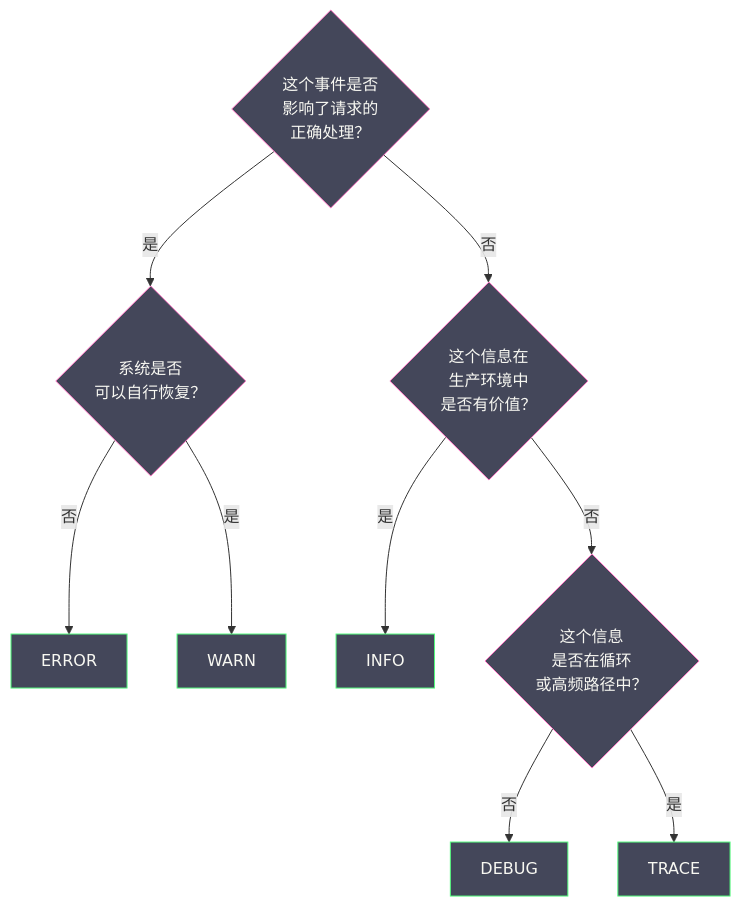
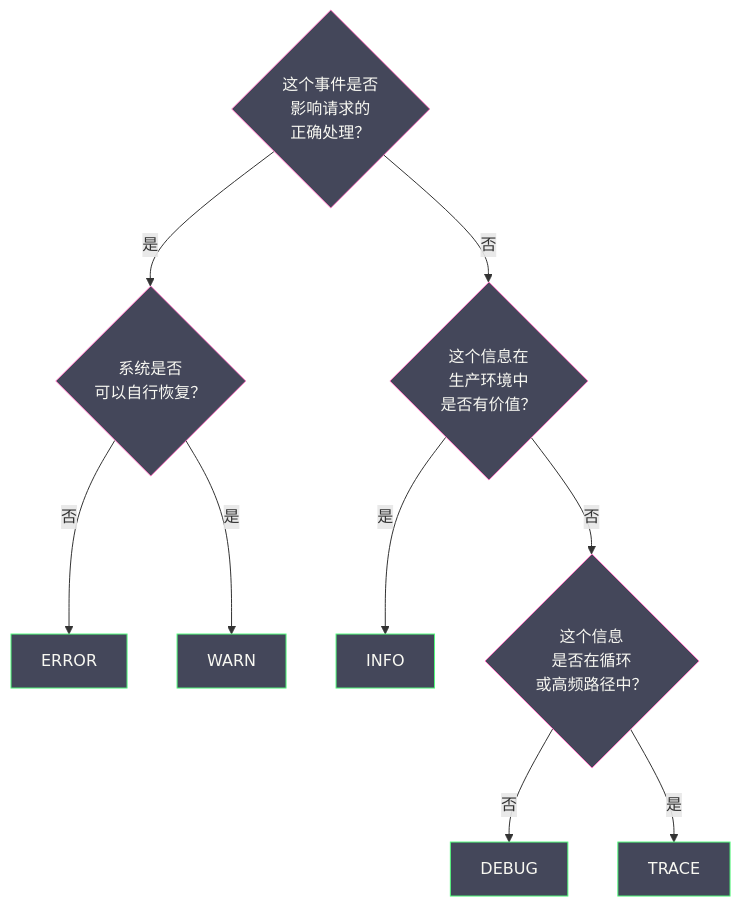
Before and after one commit to hpliStartAgain/my-brain: the first of 2 diagrams in content/可观测/日志/01 日志的本质与演进.md, drawn with Mermaid. The commit also changed other lines of this file and 511 other files, not shown here.

````diff
--- a/content/可观测/日志/01 日志的本质与演进.md
+++ b/content/可观测/日志/01 日志的本质与演进.md
@@ -272,29 +268,29 @@
 ```mermaid
 %%{init: {'theme': 'dracula'}}%%
 graph TD
-    Q1{"这个事件是否</br>影响了请求的</br>正确处理？"}
-    Q2{"系统是否</br>可以自行恢复？"}
-    Q3{"这个信息在</br>生产环境中</br>是否有价值？"}
-    Q4{"这个信息</br>是否在循环</br>或高频路径中？"}
+    Q1{"这个事件是否<br/>影响请求的<br/>正确处理？"}
+    Q2{"系统是否<br/>可以自行恢复？"}
+    Q3{"这个信息在<br/>生产环境中<br/>是否有价值？"}
+    Q4{"这个信息<br/>是否在循环<br/>或高频路径中？"}
 
     R1["ERROR"]
     R2["WARN"]
     R3["INFO"]
     R4["DEBUG"]
     R5["TRACE"]
 
     Q1 -->|"是"| Q2
     Q1 -->|"否"| Q3
     Q2 -->|"否"| R1
     Q2 -->|"是"| R2
     Q3 -->|"是"| R3
     Q3 -->|"否"| Q4
     Q4 -->|"否"| R4
     Q4 -->|"是"| R5
 
     classDef question fill:#44475a,stroke:#ff79c6,color:#f8f8f2
     classDef result fill:#44475a,stroke:#50fa7b,color:#f8f8f2
 
     class Q1,Q2,Q3,Q4 question
     class R1,R2,R3,R4,R5 result
 ```
````
